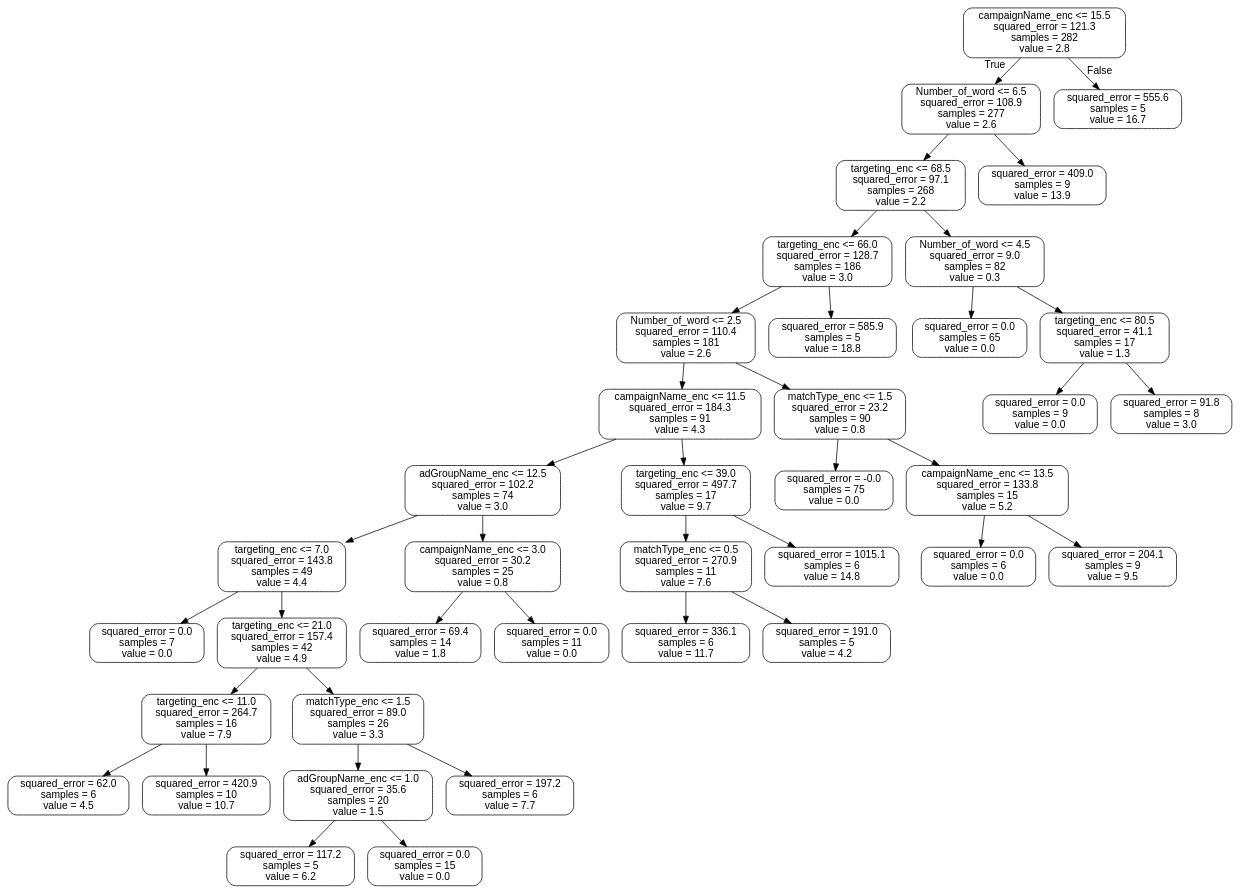
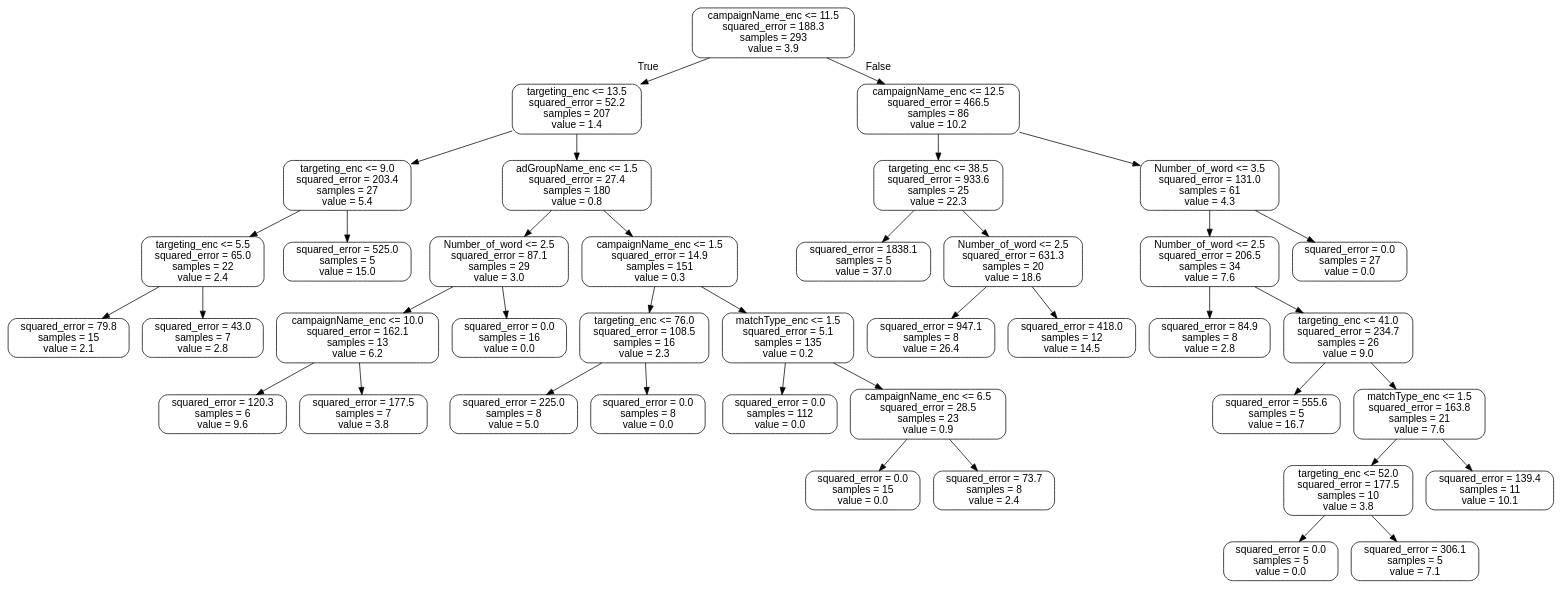
The diagram in tree.dot (mike-lee-dev/ppc_api), drawn with Graphviz before and after one commit. The commit also changed 1 other file, not shown here.

```diff
--- a/tree.dot
+++ b/tree.dot
@@ -1,81 +1,81 @@
 digraph Tree {
 node [shape=box, style="rounded", color="black", fontname="helvetica"] ;
 edge [fontname="helvetica"] ;
-0 [label="campaignName_enc <= 15.5\nsquared_error = 121.3\nsamples = 282\nvalue = 2.8"] ;
-1 [label="Number_of_word <= 6.5\nsquared_error = 108.9\nsamples = 277\nvalue = 2.6"] ;
+0 [label="campaignName_enc <= 11.5\nsquared_error = 188.3\nsamples = 293\nvalue = 3.9"] ;
+1 [label="targeting_enc <= 13.5\nsquared_error = 52.2\nsamples = 207\nvalue = 1.4"] ;
 0 -> 1 [labeldistance=2.5, labelangle=45, headlabel="True"] ;
-2 [label="targeting_enc <= 68.5\nsquared_error = 97.1\nsamples = 268\nvalue = 2.2"] ;
+2 [label="targeting_enc <= 9.0\nsquared_error = 203.4\nsamples = 27\nvalue = 5.4"] ;
 1 -> 2 ;
-3 [label="targeting_enc <= 66.0\nsquared_error = 128.7\nsamples = 186\nvalue = 3.0"] ;
+3 [label="targeting_enc <= 5.5\nsquared_error = 65.0\nsamples = 22\nvalue = 2.4"] ;
 2 -> 3 ;
-4 [label="Number_of_word <= 2.5\nsquared_error = 110.4\nsamples = 181\nvalue = 2.6"] ;
+4 [label="squared_error = 79.8\nsamples = 15\nvalue = 2.1"] ;
 3 -> 4 ;
-5 [label="campaignName_enc <= 11.5\nsquared_error = 184.3\nsamples = 91\nvalue = 4.3"] ;
-4 -> 5 ;
-6 [label="adGroupName_enc <= 12.5\nsquared_error = 102.2\nsamples = 74\nvalue = 3.0"] ;
-5 -> 6 ;
-7 [label="targeting_enc <= 7.0\nsquared_error = 143.8\nsamples = 49\nvalue = 4.4"] ;
-6 -> 7 ;
-8 [label="squared_error = 0.0\nsamples = 7\nvalue = 0.0"] ;
+5 [label="squared_error = 43.0\nsamples = 7\nvalue = 2.8"] ;
+3 -> 5 ;
+6 [label="squared_error = 525.0\nsamples = 5\nvalue = 15.0"] ;
+2 -> 6 ;
+7 [label="adGroupName_enc <= 1.5\nsquared_error = 27.4\nsamples = 180\nvalue = 0.8"] ;
+1 -> 7 ;
+8 [label="Number_of_word <= 2.5\nsquared_error = 87.1\nsamples = 29\nvalue = 3.0"] ;
 7 -> 8 ;
-9 [label="targeting_enc <= 21.0\nsquared_error = 157.4\nsamples = 42\nvalue = 4.9"] ;
-7 -> 9 ;
-10 [label="targeting_enc <= 11.0\nsquared_error = 264.7\nsamples = 16\nvalue = 7.9"] ;
+9 [label="campaignName_enc <= 10.0\nsquared_error = 162.1\nsamples = 13\nvalue = 6.2"] ;
+8 -> 9 ;
+10 [label="squared_error = 120.3\nsamples = 6\nvalue = 9.6"] ;
 9 -> 10 ;
-11 [label="squared_error = 62.0\nsamples = 6\nvalue = 4.5"] ;
-10 -> 11 ;
-12 [label="squared_error = 420.9\nsamples = 10\nvalue = 10.7"] ;
-10 -> 12 ;
-13 [label="matchType_enc <= 1.5\nsquared_error = 89.0\nsamples = 26\nvalue = 3.3"] ;
-9 -> 13 ;
-14 [label="adGroupName_enc <= 1.0\nsquared_error = 35.6\nsamples = 20\nvalue = 1.5"] ;
+11 [label="squared_error = 177.5\nsamples = 7\nvalue = 3.8"] ;
+9 -> 11 ;
+12 [label="squared_error = 0.0\nsamples = 16\nvalue = 0.0"] ;
+8 -> 12 ;
+13 [label="campaignName_enc <= 1.5\nsquared_error = 14.9\nsamples = 151\nvalue = 0.3"] ;
+7 -> 13 ;
+14 [label="targeting_enc <= 76.0\nsquared_error = 108.5\nsamples = 16\nvalue = 2.3"] ;
 13 -> 14 ;
-15 [label="squared_error = 117.2\nsamples = 5\nvalue = 6.2"] ;
+15 [label="squared_error = 225.0\nsamples = 8\nvalue = 5.0"] ;
 14 -> 15 ;
-16 [label="squared_error = 0.0\nsamples = 15\nvalue = 0.0"] ;
+16 [label="squared_error = 0.0\nsamples = 8\nvalue = 0.0"] ;
 14 -> 16 ;
-17 [label="squared_error = 197.2\nsamples = 6\nvalue = 7.7"] ;
+17 [label="matchType_enc <= 1.5\nsquared_error = 5.1\nsamples = 135\nvalue = 0.2"] ;
 13 -> 17 ;
-18 [label="campaignName_enc <= 3.0\nsquared_error = 30.2\nsamples = 25\nvalue = 0.8"] ;
-6 -> 18 ;
-19 [label="squared_error = 69.4\nsamples = 14\nvalue = 1.8"] ;
-18 -> 19 ;
-20 [label="squared_error = 0.0\nsamples = 11\nvalue = 0.0"] ;
-18 -> 20 ;
-21 [label="targeting_enc <= 39.0\nsquared_error = 497.7\nsamples = 17\nvalue = 9.7"] ;
-5 -> 21 ;
-22 [label="matchType_enc <= 0.5\nsquared_error = 270.9\nsamples = 11\nvalue = 7.6"] ;
-21 -> 22 ;
-23 [label="squared_error = 336.1\nsamples = 6\nvalue = 11.7"] ;
+18 [label="squared_error = 0.0\nsamples = 112\nvalue = 0.0"] ;
+17 -> 18 ;
+19 [label="campaignName_enc <= 6.5\nsquared_error = 28.5\nsamples = 23\nvalue = 0.9"] ;
+17 -> 19 ;
+20 [label="squared_error = 0.0\nsamples = 15\nvalue = 0.0"] ;
+19 -> 20 ;
+21 [label="squared_error = 73.7\nsamples = 8\nvalue = 2.4"] ;
+19 -> 21 ;
+22 [label="campaignName_enc <= 12.5\nsquared_error = 466.5\nsamples = 86\nvalue = 10.2"] ;
+0 -> 22 [labeldistance=2.5, labelangle=-45, headlabel="False"] ;
+23 [label="targeting_enc <= 38.5\nsquared_error = 933.6\nsamples = 25\nvalue = 22.3"] ;
 22 -> 23 ;
-24 [label="squared_error = 191.0\nsamples = 5\nvalue = 4.2"] ;
-22 -> 24 ;
-25 [label="squared_error = 1015.1\nsamples = 6\nvalue = 14.8"] ;
-21 -> 25 ;
-26 [label="matchType_enc <= 1.5\nsquared_error = 23.2\nsamples = 90\nvalue = 0.8"] ;
-4 -> 26 ;
-27 [label="squared_error = -0.0\nsamples = 75\nvalue = 0.0"] ;
-26 -> 27 ;
-28 [label="campaignName_enc <= 13.5\nsquared_error = 133.8\nsamples = 15\nvalue = 5.2"] ;
-26 -> 28 ;
-29 [label="squared_error = 0.0\nsamples = 6\nvalue = 0.0"] ;
+24 [label="squared_error = 1838.1\nsamples = 5\nvalue = 37.0"] ;
+23 -> 24 ;
+25 [label="Number_of_word <= 2.5\nsquared_error = 631.3\nsamples = 20\nvalue = 18.6"] ;
+23 -> 25 ;
+26 [label="squared_error = 947.1\nsamples = 8\nvalue = 26.4"] ;
+25 -> 26 ;
+27 [label="squared_error = 418.0\nsamples = 12\nvalue = 14.5"] ;
+25 -> 27 ;
+28 [label="Number_of_word <= 3.5\nsquared_error = 131.0\nsamples = 61\nvalue = 4.3"] ;
+22 -> 28 ;
+29 [label="Number_of_word <= 2.5\nsquared_error = 206.5\nsamples = 34\nvalue = 7.6"] ;
 28 -> 29 ;
-30 [label="squared_error = 204.1\nsamples = 9\nvalue = 9.5"] ;
-28 -> 30 ;
-31 [label="squared_error = 585.9\nsamples = 5\nvalue = 18.8"] ;
-3 -> 31 ;
-32 [label="Number_of_word <= 4.5\nsquared_error = 9.0\nsamples = 82\nvalue = 0.3"] ;
-2 -> 32 ;
-33 [label="squared_error = 0.0\nsamples = 65\nvalue = 0.0"] ;
-32 -> 33 ;
-34 [label="targeting_enc <= 80.5\nsquared_error = 41.1\nsamples = 17\nvalue = 1.3"] ;
-32 -> 34 ;
-35 [label="squared_error = 0.0\nsamples = 9\nvalue = 0.0"] ;
+30 [label="squared_error = 84.9\nsamples = 8\nvalue = 2.8"] ;
+29 -> 30 ;
+31 [label="targeting_enc <= 41.0\nsquared_error = 234.7\nsamples = 26\nvalue = 9.0"] ;
+29 -> 31 ;
+32 [label="squared_error = 555.6\nsamples = 5\nvalue = 16.7"] ;
+31 -> 32 ;
+33 [label="matchType_enc <= 1.5\nsquared_error = 163.8\nsamples = 21\nvalue = 7.6"] ;
+31 -> 33 ;
+34 [label="targeting_enc <= 52.0\nsquared_error = 177.5\nsamples = 10\nvalue = 3.8"] ;
+33 -> 34 ;
+35 [label="squared_error = 0.0\nsamples = 5\nvalue = 0.0"] ;
 34 -> 35 ;
-36 [label="squared_error = 91.8\nsamples = 8\nvalue = 3.0"] ;
+36 [label="squared_error = 306.1\nsamples = 5\nvalue = 7.1"] ;
 34 -> 36 ;
-37 [label="squared_error = 409.0\nsamples = 9\nvalue = 13.9"] ;
-1 -> 37 ;
-38 [label="squared_error = 555.6\nsamples = 5\nvalue = 16.7"] ;
-0 -> 38 [labeldistance=2.5, labelangle=-45, headlabel="False"] ;
+37 [label="squared_error = 139.4\nsamples = 11\nvalue = 10.1"] ;
+33 -> 37 ;
+38 [label="squared_error = 0.0\nsamples = 27\nvalue = 0.0"] ;
+28 -> 38 ;
 }
```
